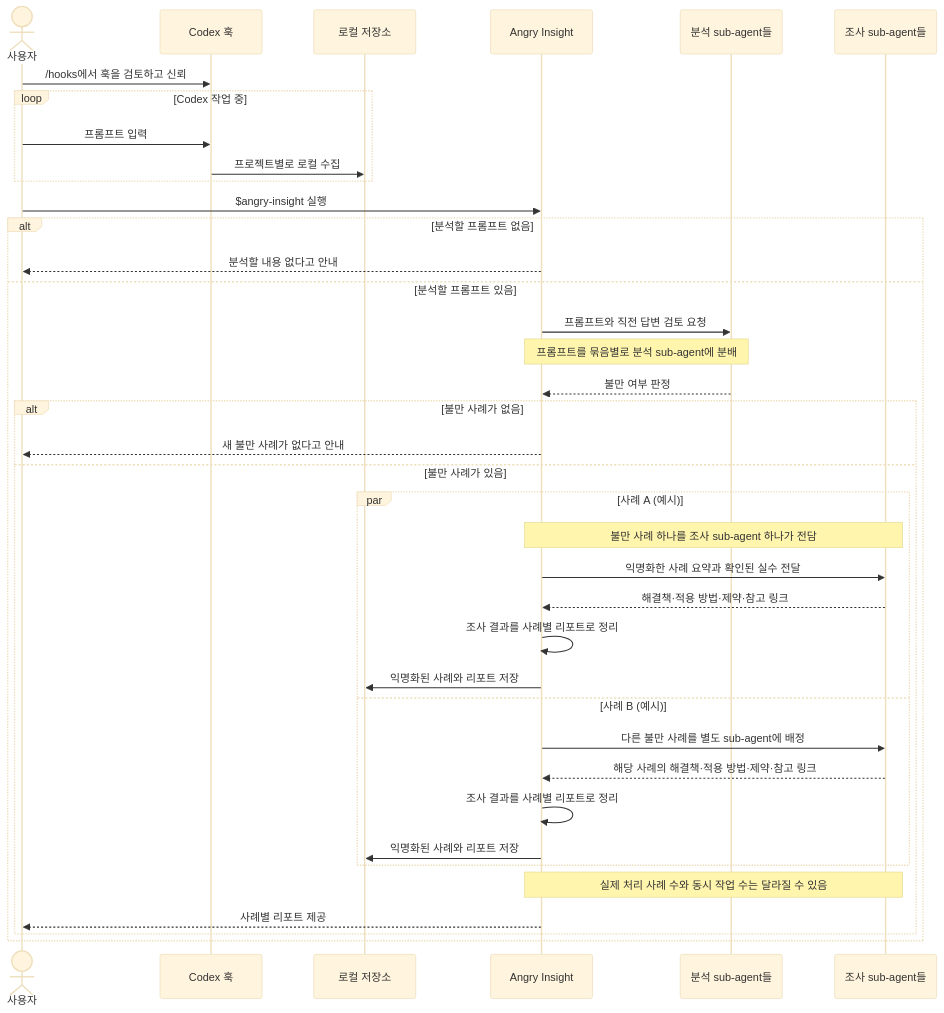
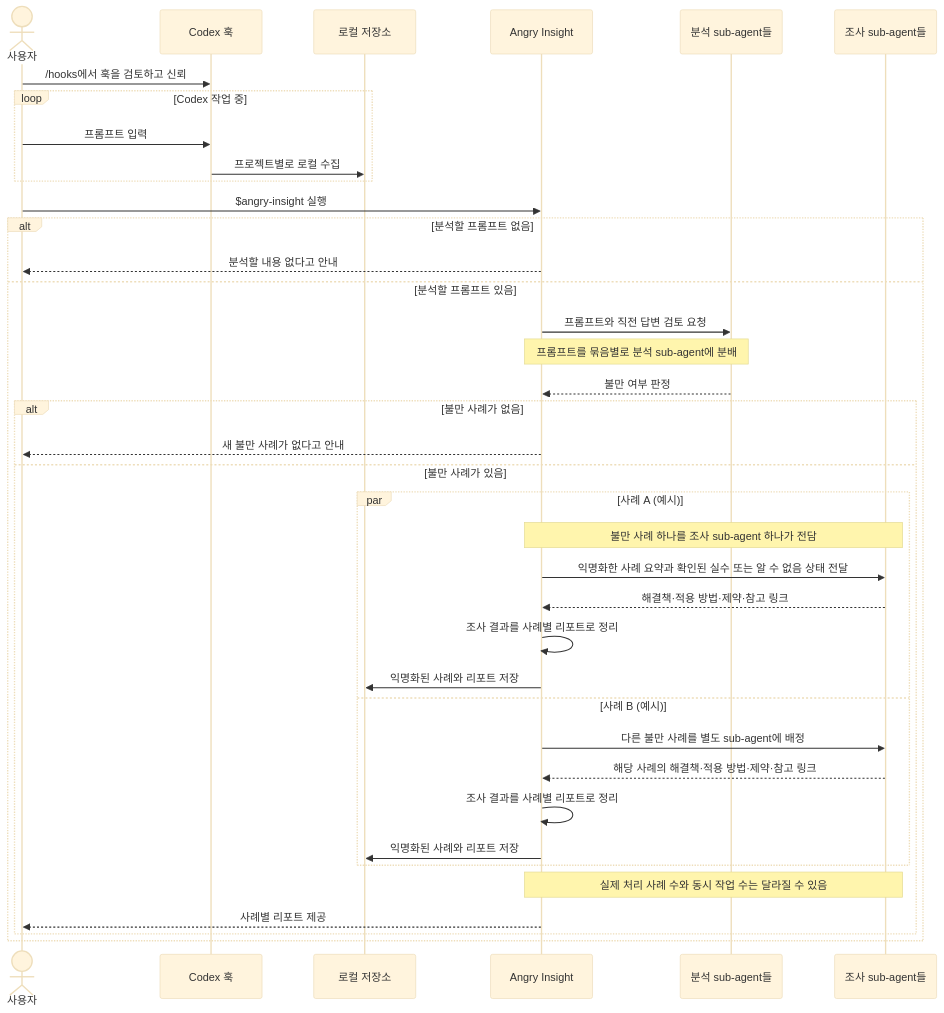
Before and after one commit to nayounsang/younsang-codex-plugin: the diagram in docs/angry-insight.md, drawn with Mermaid (base theme). The commit also changed other lines of this file and 3 other files, not shown here.

````diff
--- a/docs/angry-insight.md
+++ b/docs/angry-insight.md
@@ -73,41 +74,41 @@
 ```mermaid
 sequenceDiagram
     actor User as 사용자
     participant Hook as Codex 훅
     participant Local as 로컬 저장소
     participant Skill as Angry Insight
     participant Analysts as 분석 sub-agent들
     participant Researchers as 조사 sub-agent들
 
     User->>Hook: /hooks에서 훅을 검토하고 신뢰
     loop Codex 작업 중
         User->>Hook: 프롬프트 입력
         Hook->>Local: 프로젝트별로 로컬 수집
     end
     User->>Skill: $angry-insight 실행
     alt 분석할 프롬프트 없음
         Skill-->>User: 분석할 내용 없다고 안내
     else 분석할 프롬프트 있음
         Skill->>Analysts: 프롬프트와 직전 답변 검토 요청
         Note over Skill,Analysts: 프롬프트를 묶음별로 분석 sub-agent에 분배
         Analysts-->>Skill: 불만 여부 판정
         alt 불만 사례가 없음
             Skill-->>User: 새 불만 사례가 없다고 안내
         else 불만 사례가 있음
             par 사례 A (예시)
                 Note over Skill,Researchers: 불만 사례 하나를 조사 sub-agent 하나가 전담
-                Skill->>Researchers: 익명화한 사례 요약과 확인된 실수 전달
+                Skill->>Researchers: 익명화한 사례 요약과 확인된 실수 또는 알 수 없음 상태 전달
                 Researchers-->>Skill: 해결책·적용 방법·제약·참고 링크
                 Skill->>Skill: 조사 결과를 사례별 리포트로 정리
                 Skill->>Local: 익명화된 사례와 리포트 저장
             and 사례 B (예시)
                 Skill->>Researchers: 다른 불만 사례를 별도 sub-agent에 배정
                 Researchers-->>Skill: 해당 사례의 해결책·적용 방법·제약·참고 링크
                 Skill->>Skill: 조사 결과를 사례별 리포트로 정리
                 Skill->>Local: 익명화된 사례와 리포트 저장
             end
             Note over Skill,Researchers: 실제 처리 사례 수와 동시 작업 수는 달라질 수 있음
             Skill-->>User: 사례별 리포트 제공
         end
     end
 ```
````
